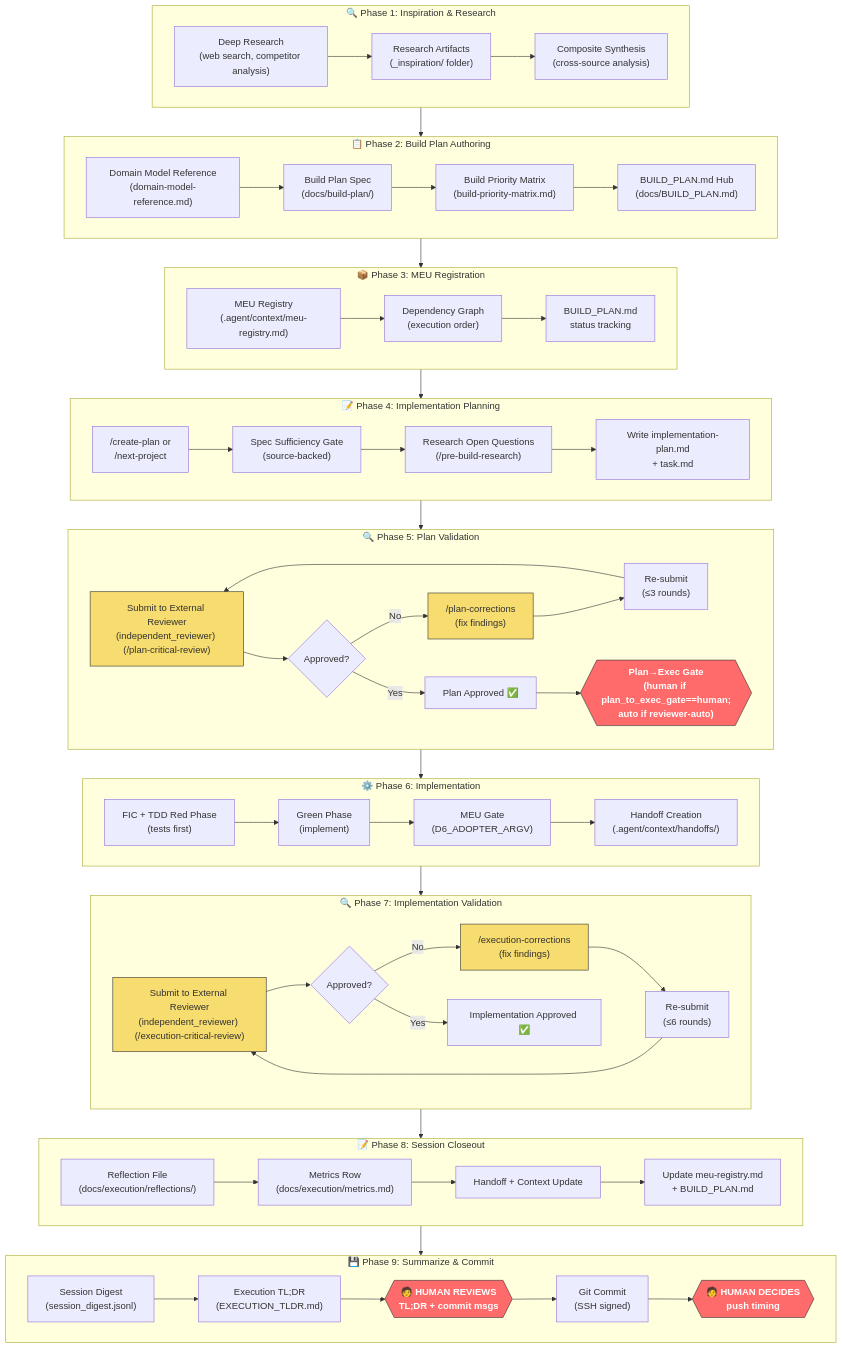
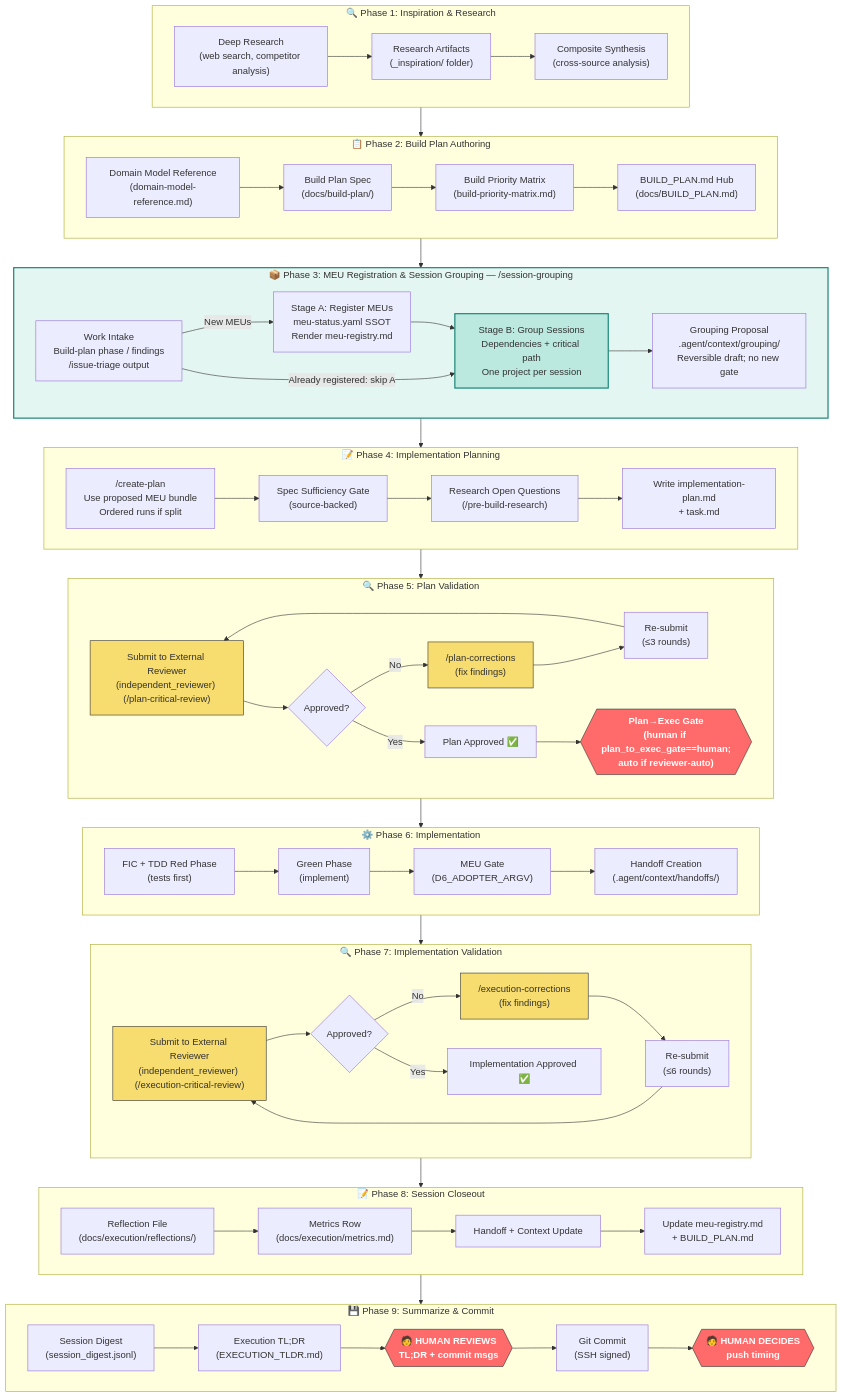
Before and after one commit to matbanik/agentic-framework: the first of 3 diagrams in core/.agent/docs/development-lifecycle.md, drawn with Mermaid. The commit also changed other lines of this file and 3 other files, not shown here.

Commit message:
docs: highlight session grouping in lifecycle overview

````diff
--- a/core/.agent/docs/development-lifecycle.md
+++ b/core/.agent/docs/development-lifecycle.md
@@ -32,16 +32,17 @@
         B3 --> B4
     end
 
-    subgraph PHASE_3["📦 Phase 3: MEU Registration"]
-        C1["MEU Registry<br/>(.agent/context/meu-registry.md)"]
-        C2["Dependency Graph<br/>(execution order)"]
-        C3["BUILD_PLAN.md<br/>status tracking"]
-        C1 --> C2
-        C2 --> C3
+    subgraph PHASE_3["📦 Phase 3: MEU Registration & Session Grouping — /session-grouping"]
+        C0["Work Intake<br/>Build-plan phase / findings<br/>/issue-triage output"]
+        C1["Stage A: Register MEUs<br/>meu-status.yaml SSOT<br/>Render meu-registry.md"]
+        C2["Stage B: Group Sessions<br/>Dependencies + critical path<br/>One project per session"]
+        C3["Grouping Proposal<br/>.agent/context/grouping/<br/>Reversible draft; no new gate"]
+        C0 -->|New MEUs| C1 --> C2 --> C3
+        C0 -->|Already registered: skip A| C2
     end
 
     subgraph PHASE_4["📝 Phase 4: Implementation Planning"]
-        D1["/create-plan or<br/>/next-project"]
+        D1["/create-plan<br/>Use proposed MEU bundle<br/>Ordered runs if split"]
         D2["Spec Sufficiency Gate<br/>(source-backed)"]
         D3["Research Open Questions<br/>(/pre-build-research)"]
         D4["Write implementation-plan.md<br/>+ task.md"]
@@ -108,4 +109,6 @@
     classDef review fill:#f7dc6f,stroke:#333,color:#333
     class E6,I1,I3 human
     class E1,E3,G1,G3 review
+    style PHASE_3 fill:#e4f6f1,stroke:#188474,stroke-width:2px
+    style C2 fill:#bce9df,stroke:#188474,stroke-width:2px
 ```
````
